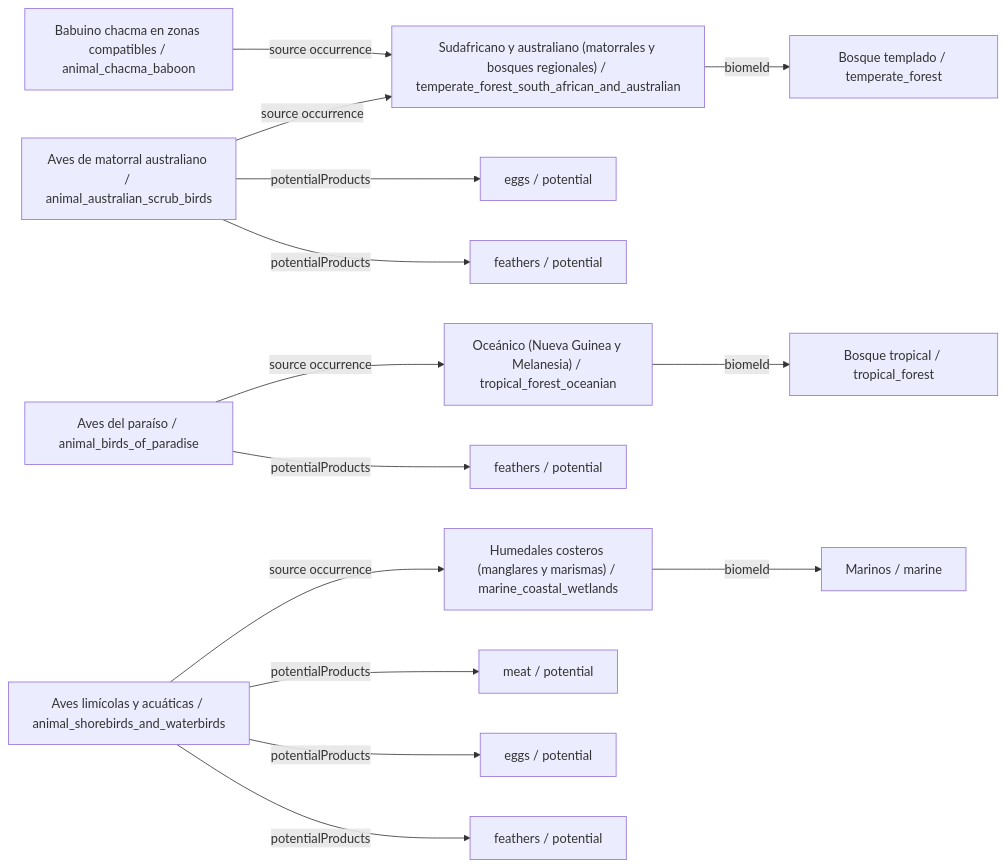
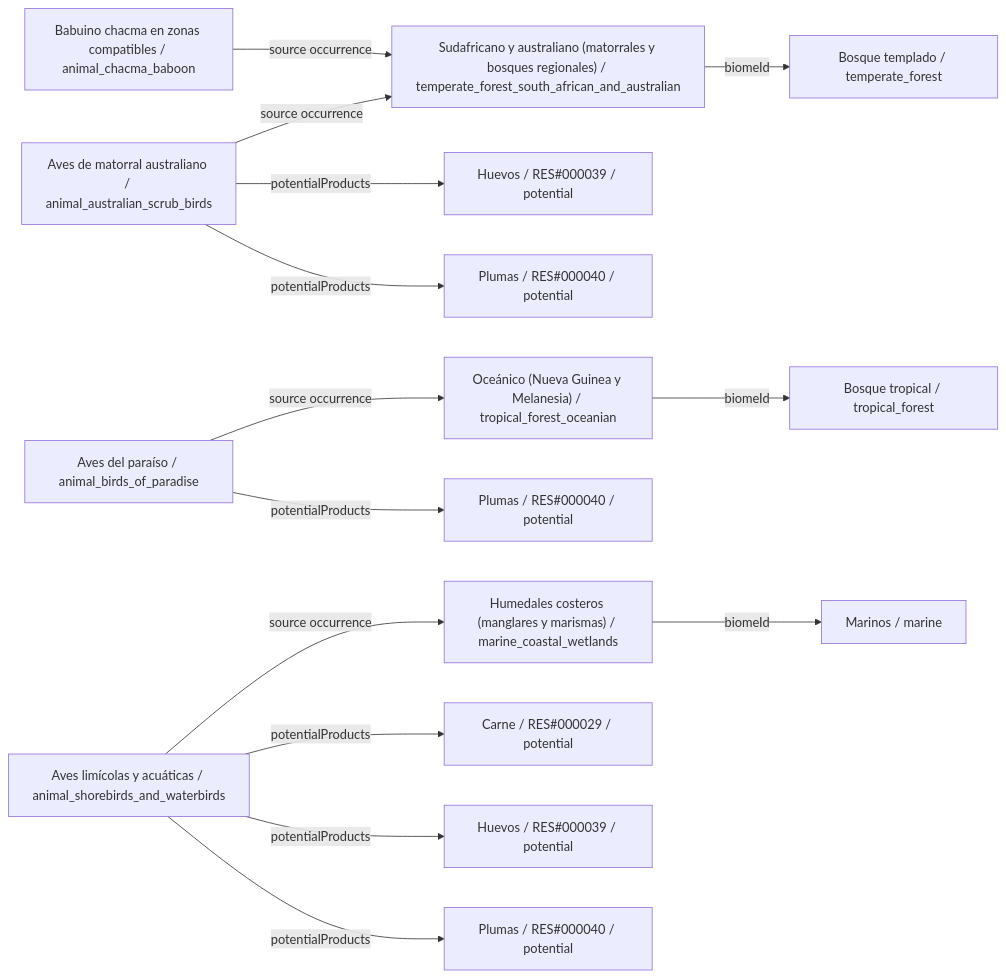
Before and after one commit to fgabo404/EvolveDoc: the second of 34 diagrams in data/animals/DIAGRAMS.es.md, drawn with Mermaid. The commit also changed other lines of this file and 50 other files, not shown here.

````diff
--- a/data/animals/DIAGRAMS.es.md
+++ b/data/animals/DIAGRAMS.es.md
@@ -200,32 +200,32 @@
 ```mermaid
 flowchart LR
     c0["Aves de matorral australiano / animal_australian_scrub_birds"]
     v6["Sudafricano y australiano (matorrales y bosques regionales) / temperate_forest_south_african_and_australian"]
     b1["Bosque templado / temperate_forest"]
-    o0_0["eggs / potential"]
-    o0_1["feathers / potential"]
+    o0_0["Huevos / RES#000039 / potential"]
+    o0_1["Plumas / RES#000040 / potential"]
     c1["Aves del paraíso / animal_birds_of_paradise"]
     v3["Oceánico (Nueva Guinea y Melanesia) / tropical_forest_oceanian"]
     b0["Bosque tropical / tropical_forest"]
-    o1_0["feathers / potential"]
+    o1_0["Plumas / RES#000040 / potential"]
     c2["Aves limícolas y acuáticas / animal_shorebirds_and_waterbirds"]
     v22["Humedales costeros (manglares y marismas) / marine_coastal_wetlands"]
     b5["Marinos / marine"]
-    o2_0["meat / potential"]
-    o2_1["eggs / potential"]
-    o2_2["feathers / potential"]
+    o2_0["Carne / RES#000029 / potential"]
+    o2_1["Huevos / RES#000039 / potential"]
+    o2_2["Plumas / RES#000040 / potential"]
     c3["Babuino chacma en zonas compatibles / animal_chacma_baboon"]
     c0 -->|potentialProducts| o0_0
     c0 -->|potentialProducts| o0_1
     c0 -->|source occurrence| v6
     c1 -->|potentialProducts| o1_0
     c1 -->|source occurrence| v3
     c2 -->|potentialProducts| o2_0
     c2 -->|potentialProducts| o2_1
     c2 -->|potentialProducts| o2_2
     c2 -->|source occurrence| v22
     c3 -->|source occurrence| v6
     v22 -->|biomeId| b5
     v3 -->|biomeId| b0
     v6 -->|biomeId| b1
 ```
````
